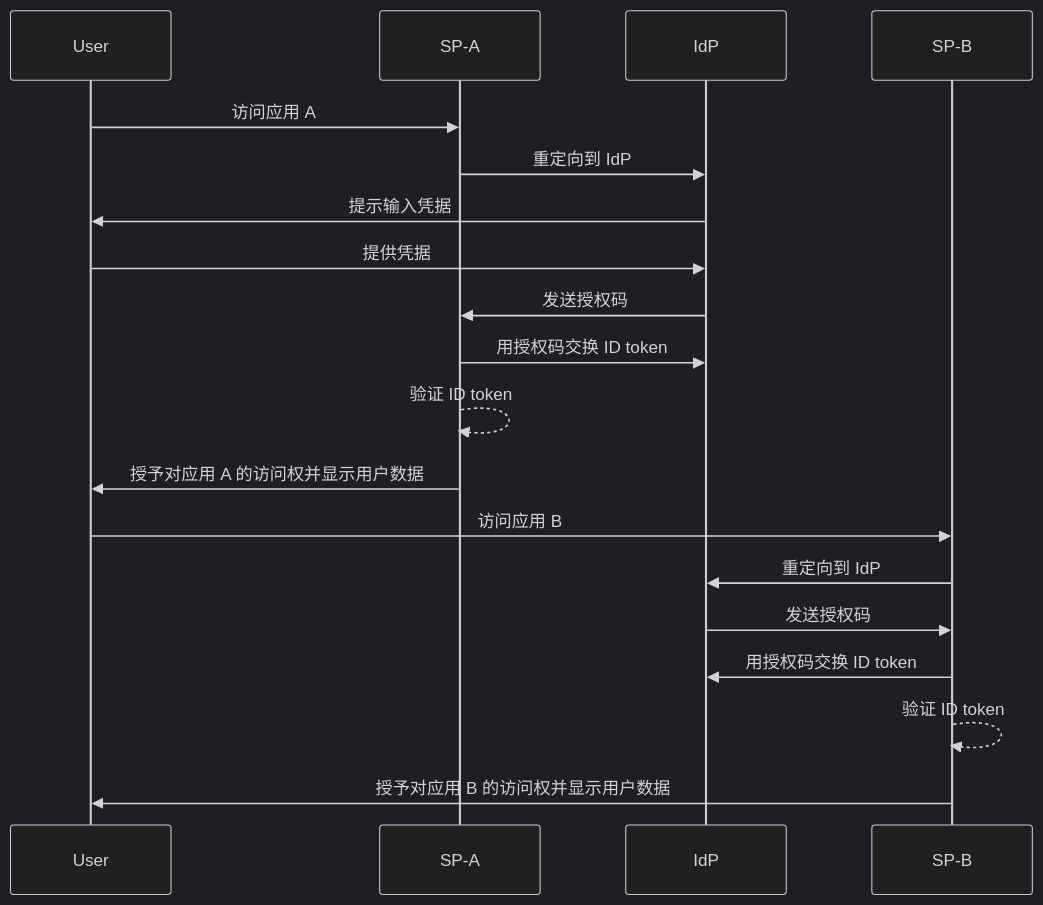
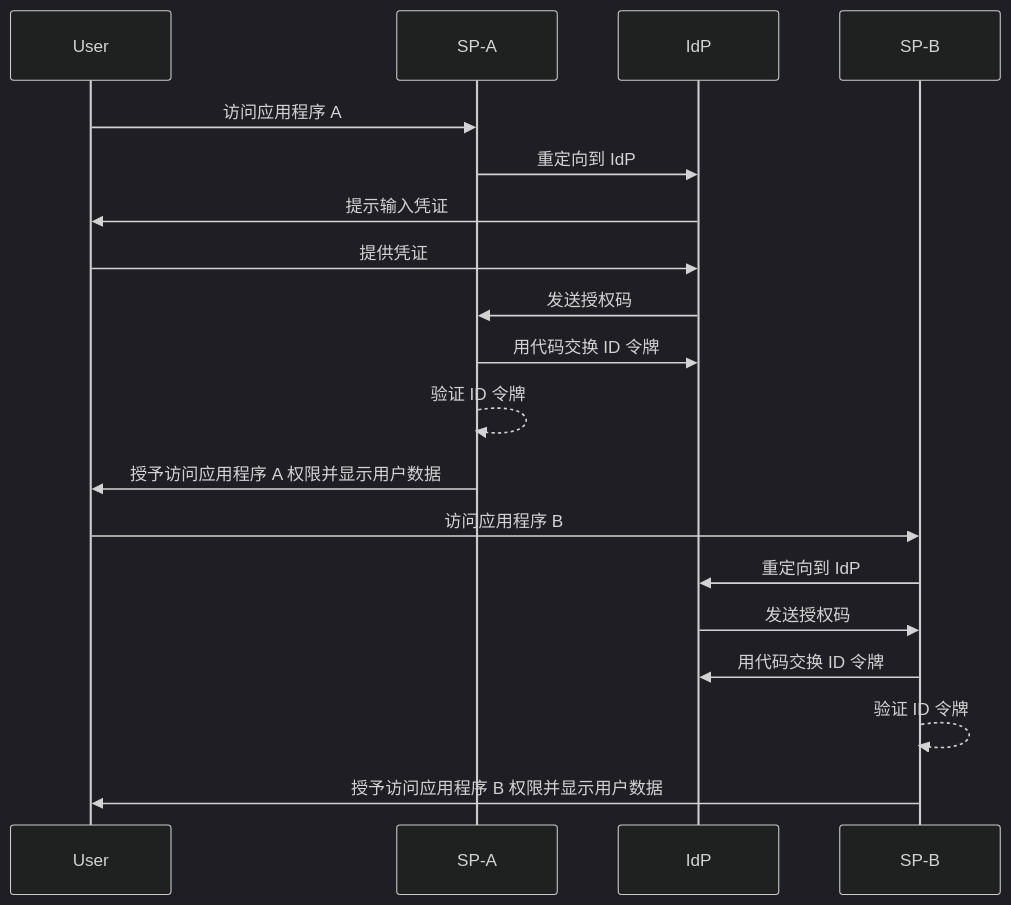
One commit to logto-io/auth-wiki changed the second of 2 diagrams in src/content/terms/zh/single-sign-on.mdx. Above: the diagram before and after it, drawn with Mermaid (dark theme). The commit also changed other lines of this file and 48 other files, not shown here.

````diff
--- a/src/content/terms/zh/single-sign-on.mdx
+++ b/src/content/terms/zh/single-sign-on.mdx
@@ -54,22 +54,22 @@
 ```mermaid
 sequenceDiagram
     participant User
     participant SP-A
     participant IdP
     participant SP-B
 
-    User->>SP-A: 访问应用 A
+    User->>SP-A: 访问应用程序 A
     SP-A->>IdP: 重定向到 IdP
-    IdP->>User: 提示输入凭据
-    User->>IdP: 提供凭据
+    IdP->>User: 提示输入凭证
+    User->>IdP: 提供凭证
     IdP->>SP-A: 发送授权码
-    SP-A->>IdP: 用授权码交换 ID token
-    SP-A-->>SP-A: 验证 ID token
-    SP-A->>User: 授予对应用 A 的访问权并显示用户数据
-    User->>SP-B: 访问应用 B
+    SP-A->>IdP: 用代码交换 ID 令牌
+    SP-A-->>SP-A: 验证 ID 令牌
+    SP-A->>User: 授予访问应用程序 A 权限并显示用户数据
+    User->>SP-B: 访问应用程序 B
     SP-B->>IdP: 重定向到 IdP
     IdP->>SP-B: 发送授权码
-    SP-B->>IdP: 用授权码交换 ID token
-    SP-B-->>SP-B: 验证 ID token
-    SP-B->>User: 授予对应用 B 的访问权并显示用户数据
+    SP-B->>IdP: 用代码交换 ID 令牌
+    SP-B-->>SP-B: 验证 ID 令牌
+    SP-B->>User: 授予访问应用程序 B 权限并显示用户数据
 ```
````
